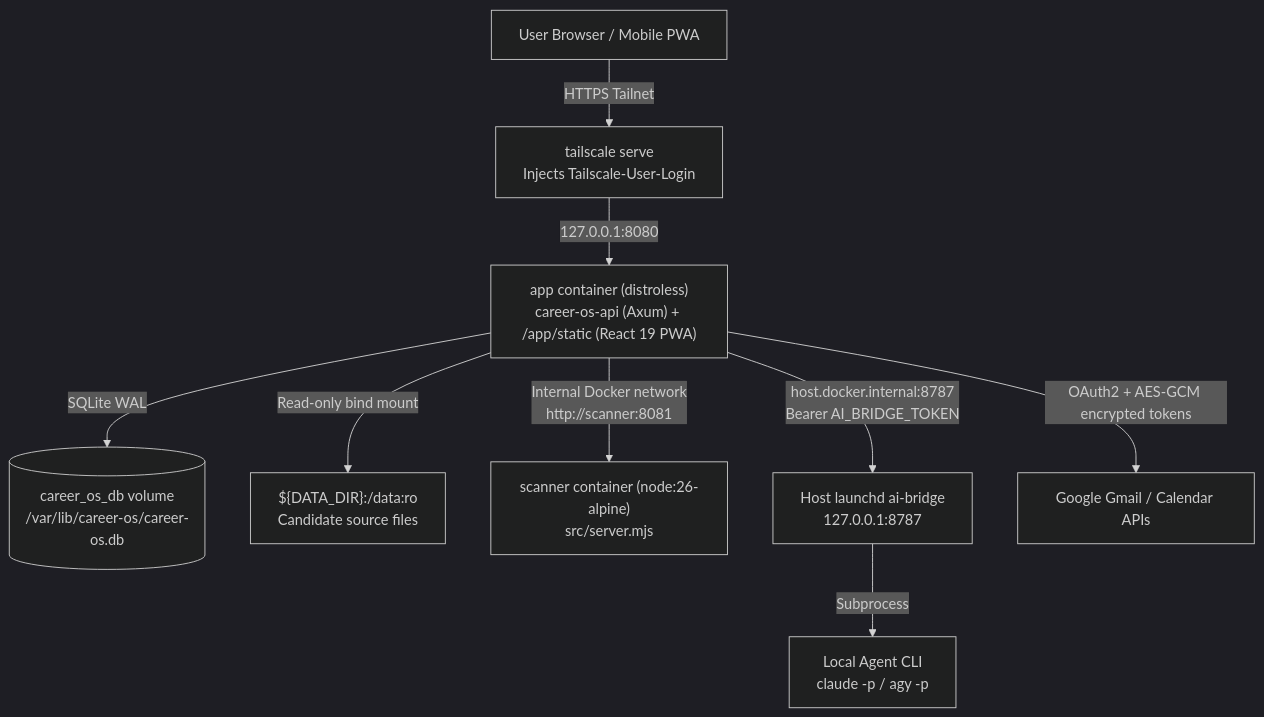
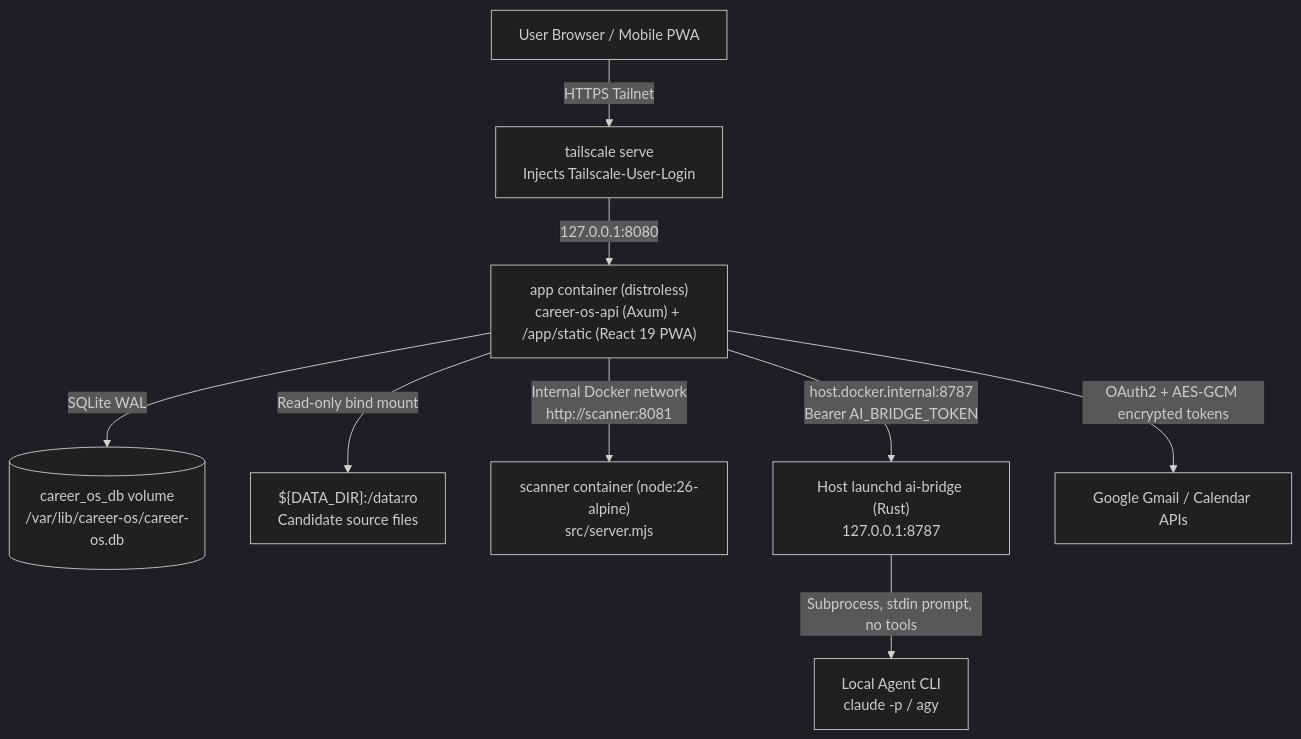
Before and after one commit to yaaf-some/career-os: the diagram in docs/architecture.md, drawn with Mermaid (dark theme). The commit also changed other lines of this file and 16 other files, not shown here.

````diff
--- a/docs/architecture.md
+++ b/docs/architecture.md
@@ -7,11 +7,11 @@
 ```mermaid
 flowchart TB
     User["User Browser / Mobile PWA"] -->|HTTPS Tailnet| Tailscale["tailscale serve\nInjects Tailscale-User-Login"]
     Tailscale -->|127.0.0.1:8080| App["app container (distroless)\ncareer-os-api (Axum) + /app/static (React 19 PWA)"]
     App -->|SQLite WAL| DB[("career_os_db volume\n/var/lib/career-os/career-os.db")]
     App -->|Read-only bind mount| Data["${DATA_DIR}:/data:ro\nCandidate source files"]
     App -->|Internal Docker network\nhttp://scanner:8081| Scanner["scanner container (node:26-alpine)\nsrc/server.mjs"]
-    App -->|host.docker.internal:8787\nBearer AI_BRIDGE_TOKEN| Bridge["Host launchd ai-bridge\n127.0.0.1:8787"]
-    Bridge -->|Subprocess| CLI["Local Agent CLI\nclaude -p / agy -p"]
+    App -->|host.docker.internal:8787\nBearer AI_BRIDGE_TOKEN| Bridge["Host launchd ai-bridge (Rust)\n127.0.0.1:8787"]
+    Bridge -->|Subprocess, stdin prompt, no tools| CLI["Local Agent CLI\nclaude -p / agy"]
     App -->|OAuth2 + AES-GCM encrypted tokens| Google["Google Gmail / Calendar APIs"]
 ```
````
